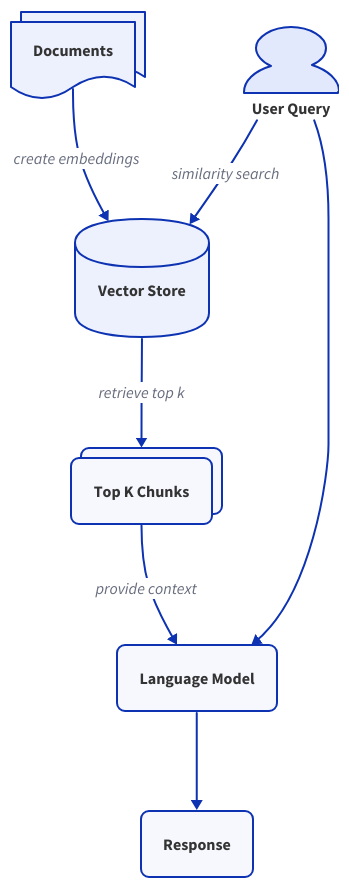
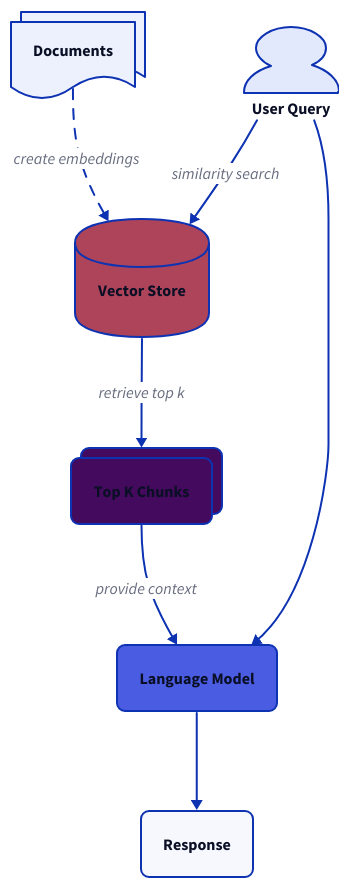
The diagram in src/content/blog/llm-fine-tuning/diagrams/rag.d2 (gautamnaik1994/personal-website-v2), drawn with D2 before and after one commit. The commit also changed 5 other files, not shown here.

Commit message:
updated diagrams

```diff
--- a/src/content/blog/llm-fine-tuning/diagrams/rag.d2
+++ b/src/content/blog/llm-fine-tuning/diagrams/rag.d2
@@ -1,35 +1,41 @@
 direction: down
+# dark bargound color scheme
 
 **.style.border-radius: 8
-**.style.font-color: "#333"
 
 vector_store: "Vector Store" {
   shape: cylinder
+  style.fill: "#AE445A"
 }
 
 documents: "Documents" {
   shape: document
+  
   style: {
     multiple: true
   }
 }
 
 user_query: "User Query" {
   shape: person
 }
 llm: "Language Model" {
   shape: rectangle
+  style.fill: "#4a5ce2"
 }
 top_k_chunks: "Top K Chunks" {
   style: {
     multiple: true
+    fill: "#430A5D"
   }
 }
 response: "Response"
 
 top_k_chunks -> llm: provide context
-documents -> vector_store: create embeddings
+documents -> vector_store: create embeddings{
+  style.animated: true
+}
 vector_store -> top_k_chunks: retrieve top k
 user_query -> vector_store: similarity search
 user_query -> llm
 llm -> response
```
